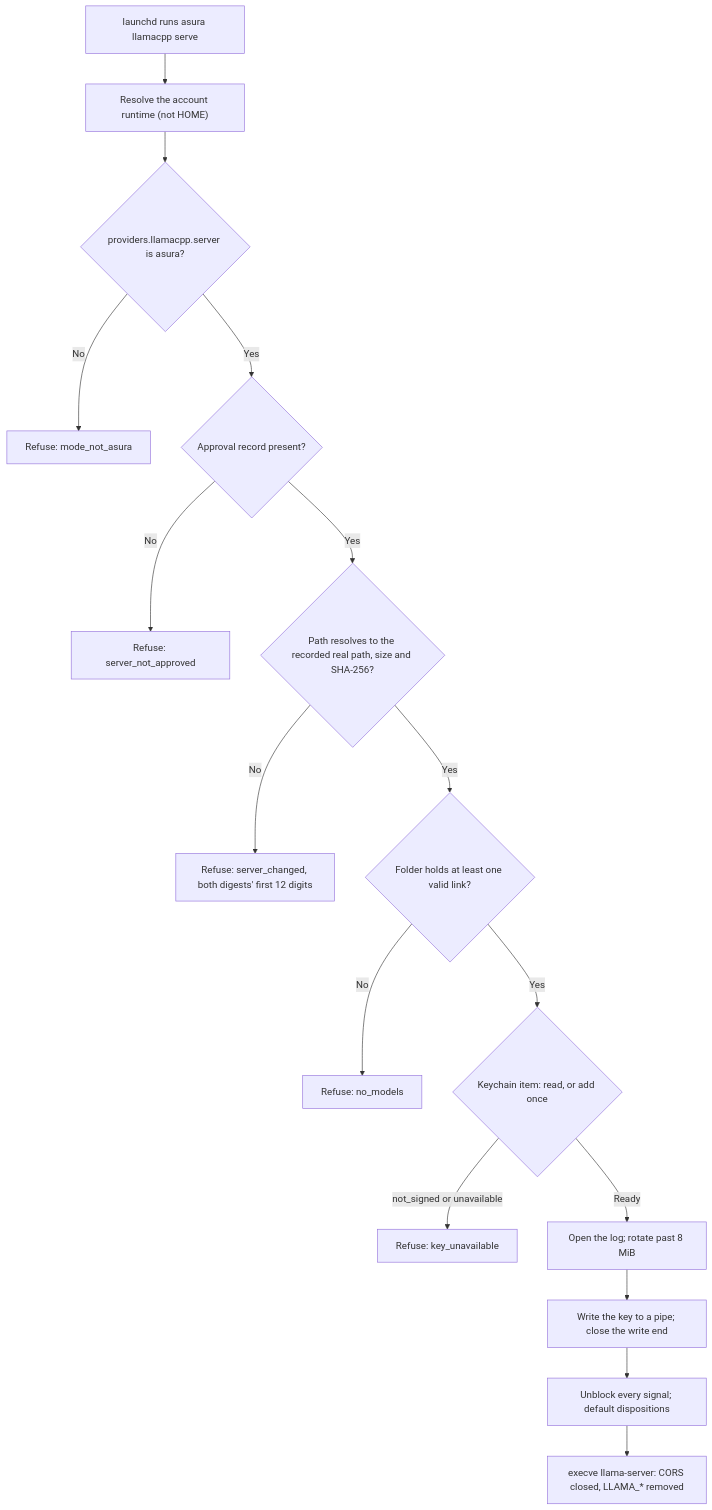
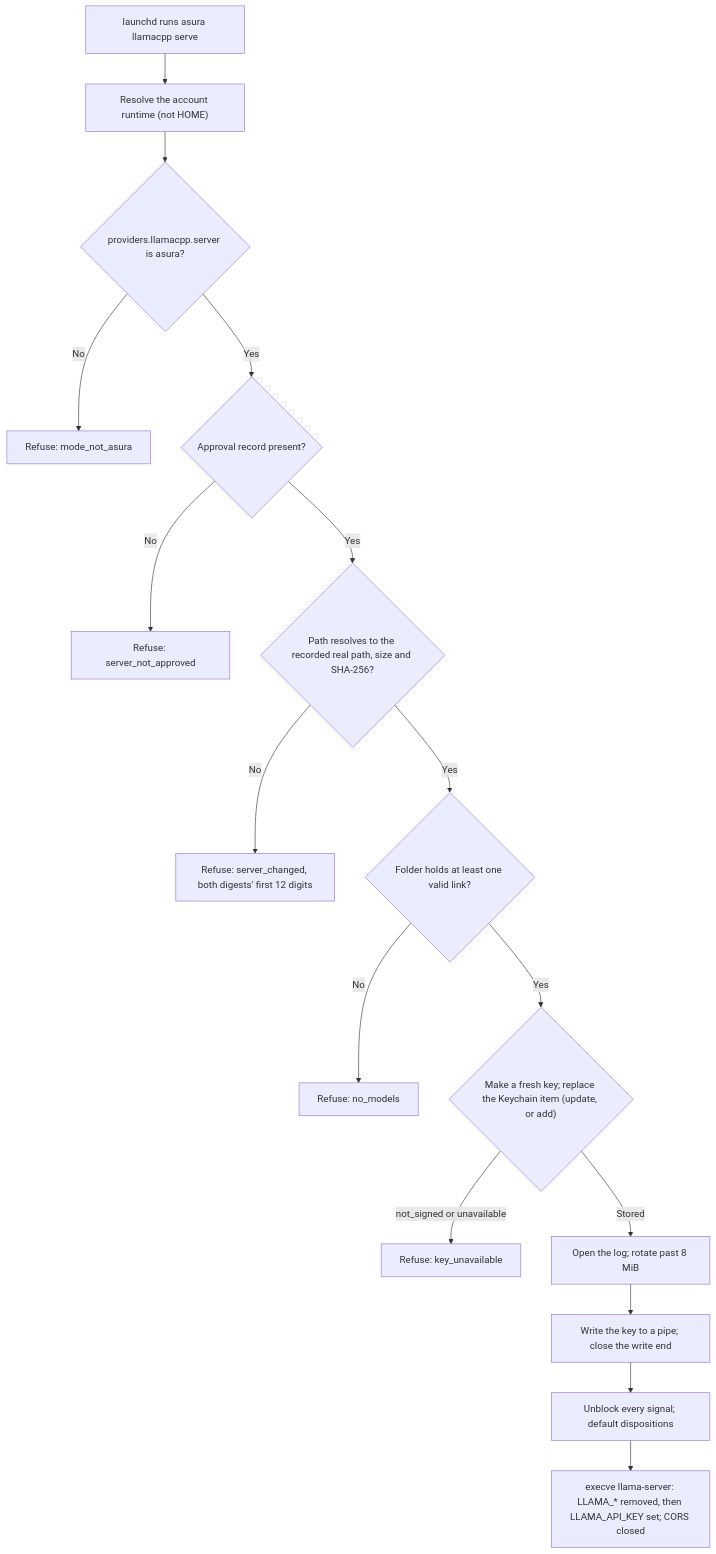
One commit to pidster/asura changed the fourth of 8 diagrams in docs/designs/llamacpp-backend.md. Above: the diagram before and after it, drawn with Mermaid. The commit also changed other lines of this file and 5 other files, not shown here.

First line of the commit message:
Design LCQ3: a fresh llama-server key at every start

````diff
--- a/docs/designs/llamacpp-backend.md
+++ b/docs/designs/llamacpp-backend.md
@@ -421,18 +460,18 @@
 ```mermaid
 flowchart TD
     Start["launchd runs asura llamacpp serve"] --> Home["Resolve the account runtime (not HOME)"]
     Home --> Cfg{"providers.llamacpp.server is asura?"}
     Cfg -->|No| R1["Refuse: mode_not_asura"]
     Cfg -->|Yes| Appr{"Approval record present?"}
     Appr -->|No| R2["Refuse: server_not_approved"]
     Appr -->|Yes| Bin{"Path resolves to the recorded real path, size and SHA-256?"}
     Bin -->|No| R3["Refuse: server_changed, both digests' first 12 digits"]
     Bin -->|Yes| Models{"Folder holds at least one valid link?"}
     Models -->|No| R4["Refuse: no_models"]
-    Models -->|Yes| Key{"Keychain item: read, or add once"}
+    Models -->|Yes| Key{"Make a fresh key; replace the Keychain item (update, or add)"}
     Key -->|"not_signed or unavailable"| R5["Refuse: key_unavailable"]
-    Key -->|Ready| Log["Open the log; rotate past 8 MiB"]
+    Key -->|Stored| Log["Open the log; rotate past 8 MiB"]
     Log --> Pipe["Write the key to a pipe; close the write end"]
     Pipe --> Sig["Unblock every signal; default dispositions"]
-    Sig --> Exec["execve llama-server: CORS closed, LLAMA_* removed"]
+    Sig --> Exec["execve llama-server: LLAMA_* removed, then LLAMA_API_KEY set; CORS closed"]
 ```
````
